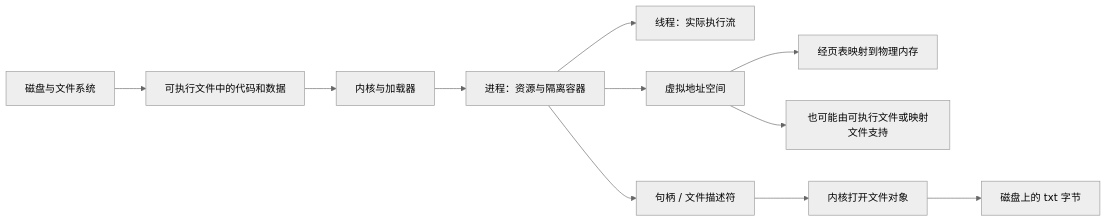
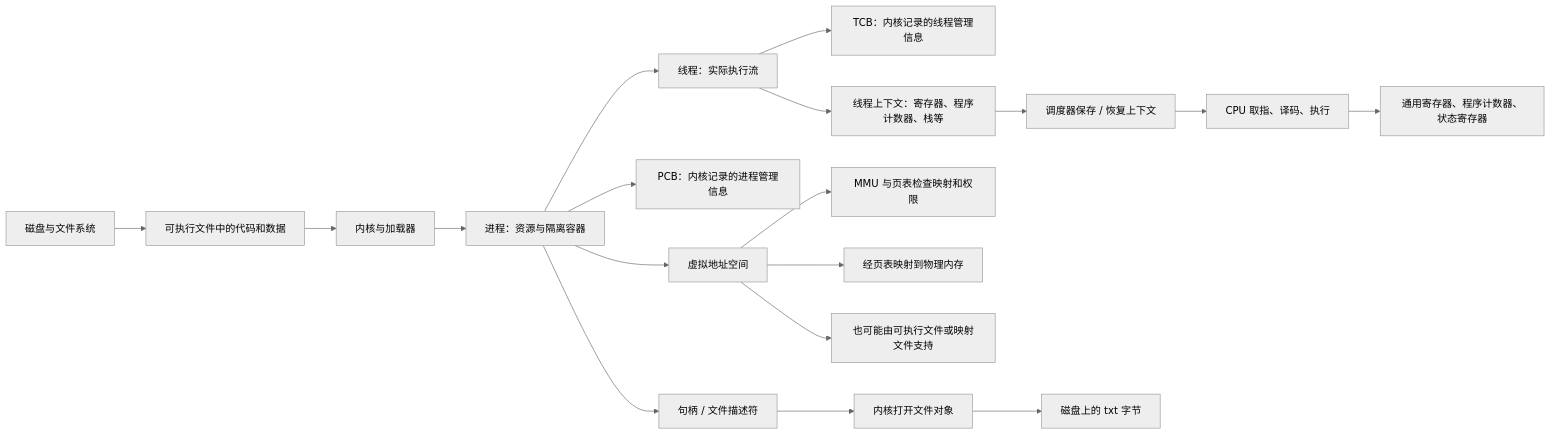
The second of 2 diagrams in docs/00-operating-system-knowledge-map.md (jiazhengfu912-lang/operating-Systems-Theory), drawn with Mermaid (neutral theme) before and after one commit. The commit also changed other lines of this file and 8 other files, not shown here.

````diff
--- a/docs/00-operating-system-knowledge-map.md
+++ b/docs/00-operating-system-knowledge-map.md
@@ -72,13 +75,20 @@
 ```mermaid
 flowchart LR
     DISK["磁盘与文件系统"] --> EXE["可执行文件中的代码和数据"]
     EXE --> LOADER["内核与加载器"]
     LOADER --> PROCESS["进程：资源与隔离容器"]
     PROCESS --> THREAD["线程：实际执行流"]
+    PROCESS --> PCB["PCB：内核记录的进程管理信息"]
+    THREAD --> TCB["TCB：内核记录的线程管理信息"]
+    THREAD --> CONTEXT["线程上下文：寄存器、程序计数器、栈等"]
+    CONTEXT --> SCHED["调度器保存 / 恢复上下文"]
+    SCHED --> CPU["CPU 取指、译码、执行"]
+    CPU --> REGS["通用寄存器、程序计数器、状态寄存器"]
     PROCESS --> VAS["虚拟地址空间"]
+    VAS --> MMU["MMU 与页表检查映射和权限"]
     VAS --> RAM["经页表映射到物理内存"]
     VAS --> FILEMAP["也可能由可执行文件或映射文件支持"]
     PROCESS --> HANDLE["句柄 / 文件描述符"]
     HANDLE --> OPENFILE["内核打开文件对象"]
     OPENFILE --> TXT["磁盘上的 txt 字节"]
 ```
````
